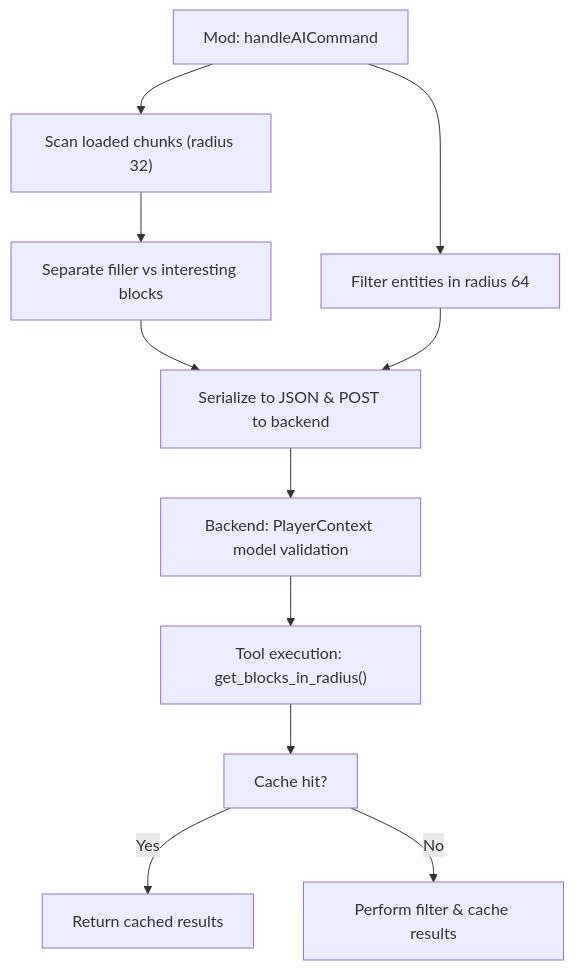
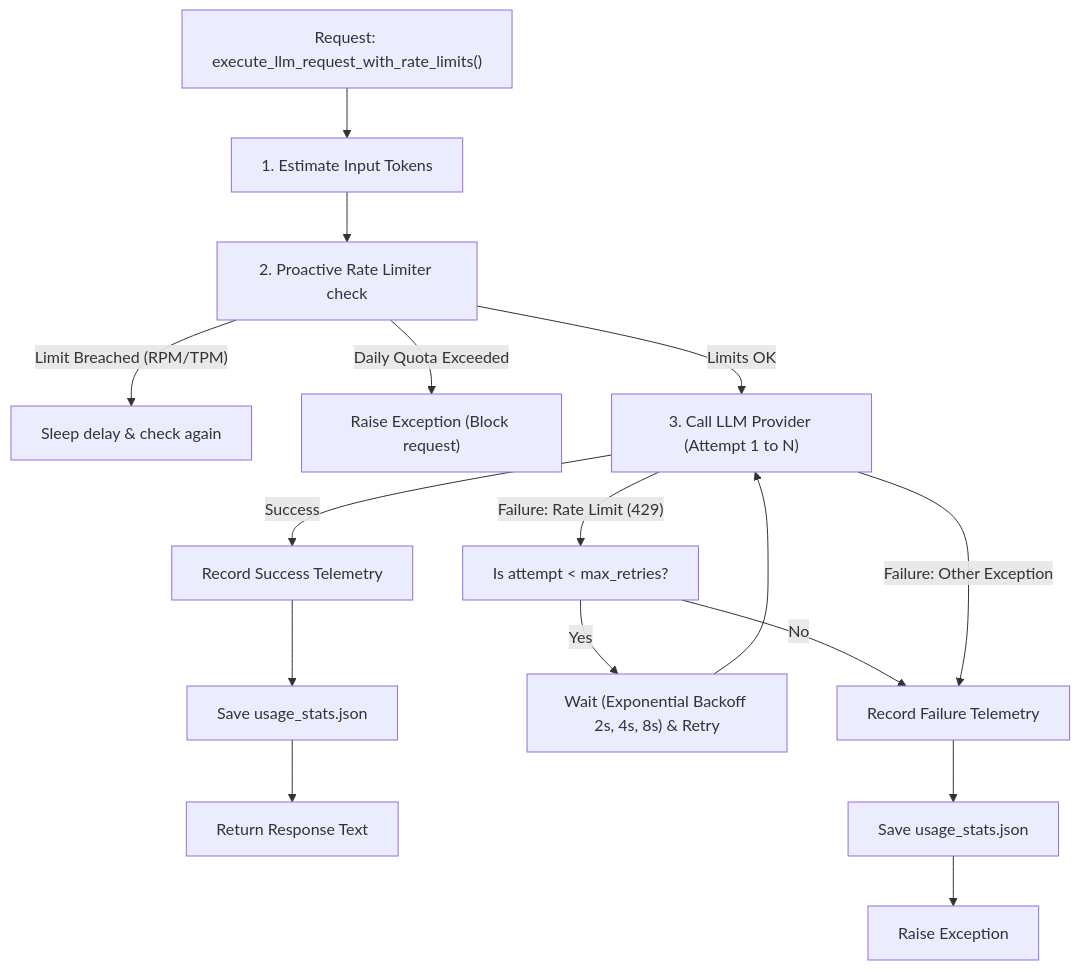
Before and after one commit to Inferno-Aditya/MinecraftAI: the second of 5 diagrams in README.md, drawn with Mermaid. The commit also changed other lines of this file and 33 other files, not shown here.

````diff
--- a/README.md
+++ b/README.md
@@ -139,24 +161,21 @@
 ```mermaid
 graph TD
-    A["Mod: handleAICommand"]
-    B["Scan loaded chunks (radius 32)"]
-    C["Separate filler vs interesting blocks"]
-    D["Filter entities in radius 64"]
-    E["Serialize to JSON & POST to backend"]
-    F["Backend: PlayerContext model validation"]
-    G["Tool execution: get_blocks_in_radius()"]
-    H["Cache hit?"]
-    I["Return cached results"]
-    J["Perform filter & cache results"]
+    A["Request: execute_llm_request_with_rate_limits()"] --> B["1. Estimate Input Tokens"]
+    B --> C["2. Proactive Rate Limiter check"]
+    C -- "Limit Breached (RPM/TPM)" --> D["Sleep delay & check again"]
+    C -- "Daily Quota Exceeded" --> E["Raise Exception (Block request)"]
+    C -- "Limits OK" --> F["3. Call LLM Provider (Attempt 1 to N)"]
     
-    A --> B
-    B --> C
-    A --> D
-    C --> E
-    D --> E
-    E --> F
-    F --> G
-    G --> H
-    H -- "Yes" --> I
-    H -- "No" --> J
+    F -- "Success" --> G["Record Success Telemetry"]
+    G --> H["Save usage_stats.json"]
+    H --> I["Return Response Text"]
+    
+    F -- "Failure: Rate Limit (429)" --> J["Is attempt < max_retries?"]
+    J -- "Yes" --> K["Wait (Exponential Backoff 2s, 4s, 8s) & Retry"]
+    K --> F
+    J -- "No" --> L["Record Failure Telemetry"]
+    L --> M["Save usage_stats.json"]
+    M --> N["Raise Exception"]
+    
+    F -- "Failure: Other Exception" --> L
 ```
````
